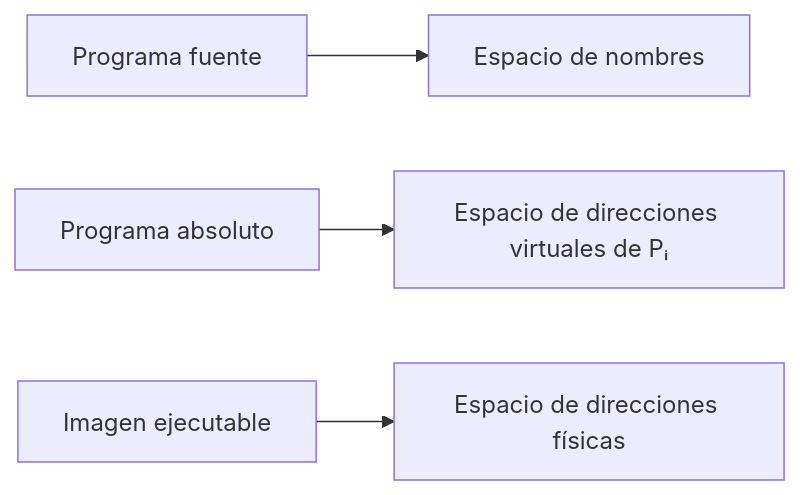
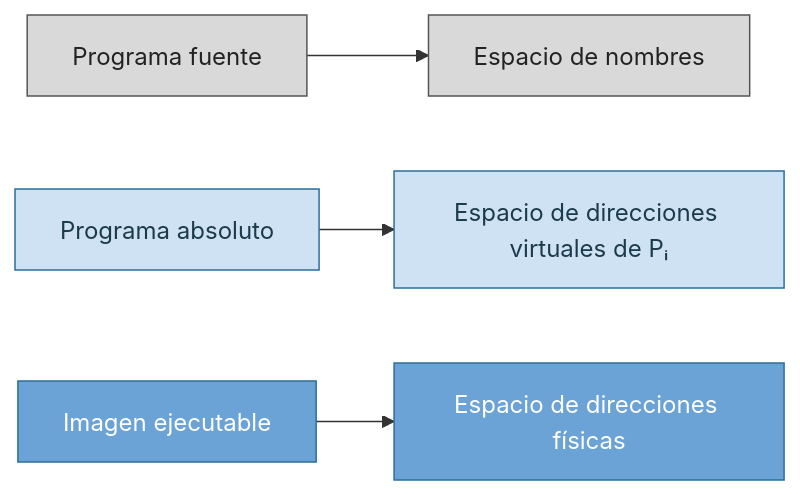
One commit to asiermarzo/ssoo changed the first of 7 diagrams in TEORIA/06-gestion-de-memoria/README.md. Above: the diagram before and after it, drawn with Mermaid. The commit also changed other lines of this file and 25 other files, not shown here.

Commit message:
refinado de diagramas mermaid y svg

````diff
--- a/TEORIA/06-gestion-de-memoria/README.md
+++ b/TEORIA/06-gestion-de-memoria/README.md
@@ -302,6 +357,13 @@
 ```mermaid
 flowchart LR
     PF[Programa fuente] --> EN[Espacio de nombres]
     PA[Programa absoluto] --> EV["Espacio de direcciones virtuales de Pᵢ"]
     IE[Imagen ejecutable] --> EF[Espacio de direcciones físicas]
+
+    classDef nombres fill:#d9d9d9,stroke:#555555,color:#222222;
+    classDef virtual fill:#cfe2f3,stroke:#2b6f99,color:#1b3a4b;
+    classDef fisica fill:#6ba3d6,stroke:#2b6f99,color:#ffffff;
+    class PF,EN nombres;
+    class PA,EV virtual;
+    class IE,EF fisica;
 ```
````
